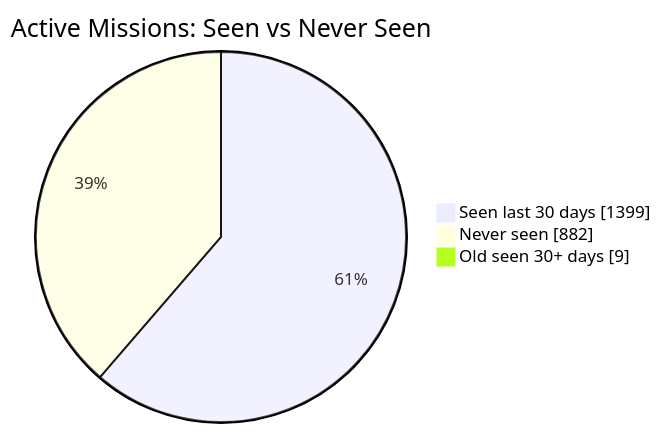
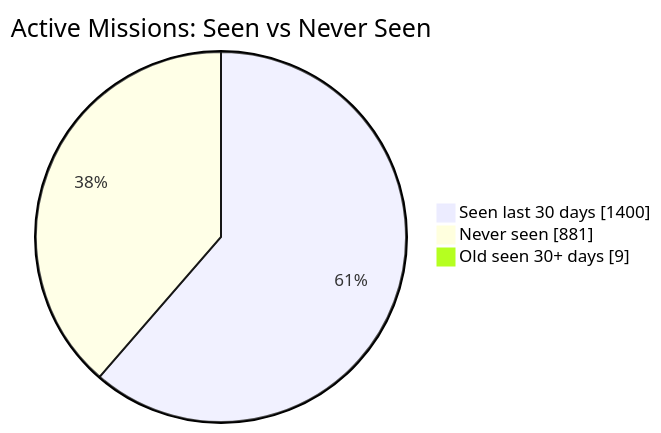
Before and after one commit to MeldkamerspelGameTeam/active-missions: the first of 2 diagrams in README.md, drawn with Mermaid. The commit also changed other lines of this file and 2 other files, not shown here.

````diff
--- a/README.md
+++ b/README.md
@@ -34,7 +34,7 @@
 ```mermaid
 pie showData
     title Active Missions: Seen vs Never Seen
-    "Seen last 30 days" : 1399
-    "Never seen" : 882
+    "Seen last 30 days" : 1400
+    "Never seen" : 881
     "Old seen 30+ days" : 9
 ```
````
